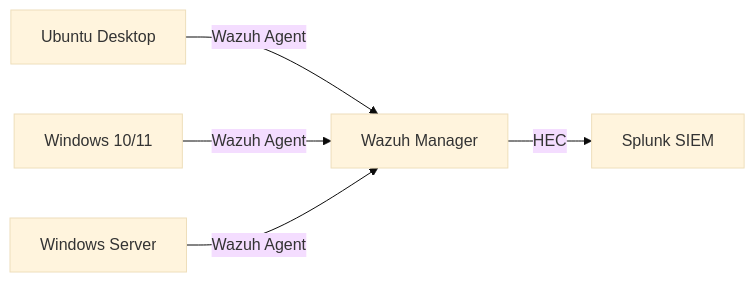
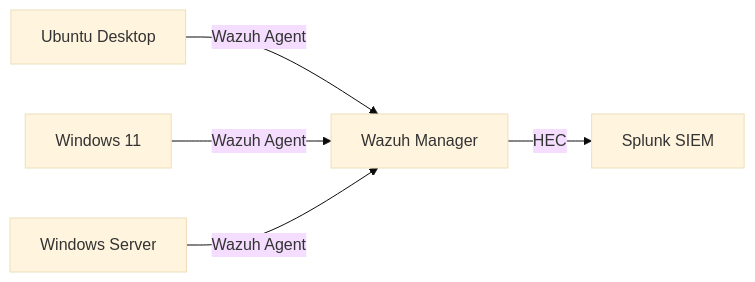
Before and after one commit to DanielBandarica02/SOC-HomeLab: the diagram in docs/phase1-infrastructure.md, drawn with Mermaid (base theme). The commit also changed other lines of this file, not shown here.

````diff
--- a/docs/phase1-infrastructure.md
+++ b/docs/phase1-infrastructure.md
@@ -35,7 +35,7 @@
 ```mermaid
 flowchart LR
     A["Ubuntu Desktop"] -->|"Wazuh Agent"| D["Wazuh Manager"]
-    B["Windows 10/11"] -->|"Wazuh Agent"| D
+    B["Windows 11"] -->|"Wazuh Agent"| D
     C["Windows Server"] -->|"Wazuh Agent"| D
     D -->|"HEC"| E["Splunk SIEM"]
 ```
````
